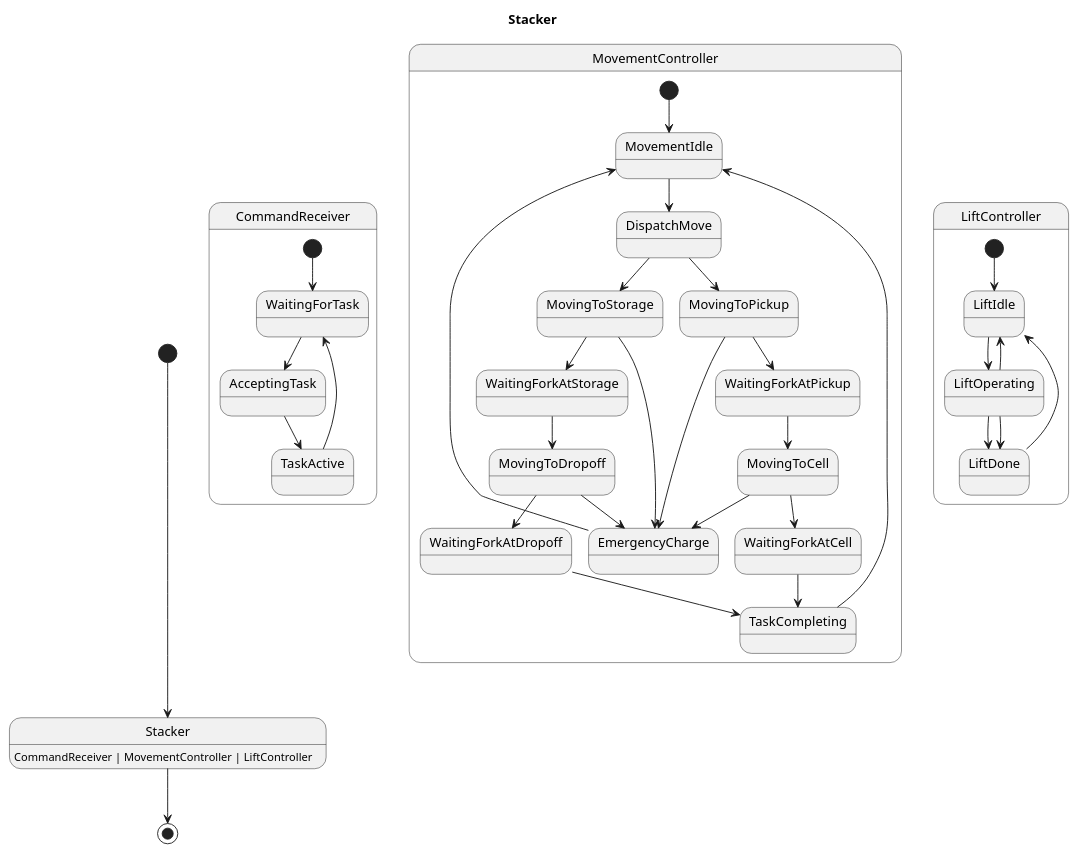
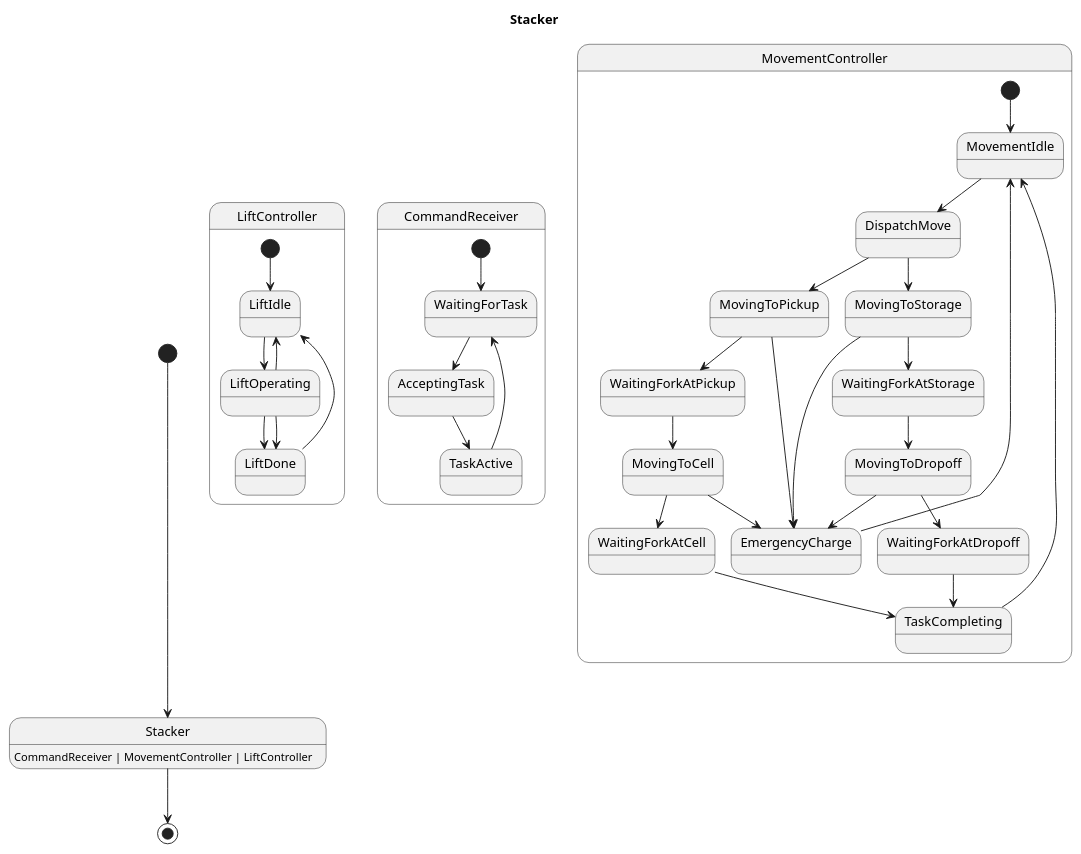
Before and after one commit to Pastor/Takt: the diagram in examples/generated/plantuml/stacker.puml, drawn with PlantUML. The commit also changed other lines of this file and 12 other files, not shown here.

```diff
--- a/examples/generated/plantuml/stacker.puml
+++ b/examples/generated/plantuml/stacker.puml
@@ -1,45 +1,45 @@
 @startuml
 title Stacker
 
 [*] --> Stacker
 Stacker : CommandReceiver | MovementController | LiftController
 Stacker --> [*]
 
+state LiftController {
+    [*] --> LiftIdle
+    LiftOperating --> LiftDone
+    LiftOperating --> LiftDone
+    LiftOperating --> LiftIdle
+    LiftIdle --> LiftOperating
+    LiftDone --> LiftIdle
+}
+
 state CommandReceiver {
     [*] --> WaitingForTask
+    TaskActive --> WaitingForTask
+    AcceptingTask --> TaskActive
     WaitingForTask --> AcceptingTask
-    AcceptingTask --> TaskActive
-    TaskActive --> WaitingForTask
 }
 
 state MovementController {
     [*] --> MovementIdle
+    EmergencyCharge --> MovementIdle
+    MovingToPickup --> WaitingForkAtPickup
+    MovingToPickup --> EmergencyCharge
+    WaitingForkAtDropoff --> TaskCompleting
+    MovementIdle --> DispatchMove
+    WaitingForkAtPickup --> MovingToCell
+    WaitingForkAtCell --> TaskCompleting
+    MovingToCell --> WaitingForkAtCell
+    MovingToCell --> EmergencyCharge
+    TaskCompleting --> MovementIdle
     MovingToDropoff --> WaitingForkAtDropoff
     MovingToDropoff --> EmergencyCharge
-    WaitingForkAtDropoff --> TaskCompleting
-    MovementIdle --> DispatchMove
-    TaskCompleting --> MovementIdle
-    MovingToCell --> WaitingForkAtCell
-    MovingToCell --> EmergencyCharge
     MovingToStorage --> WaitingForkAtStorage
     MovingToStorage --> EmergencyCharge
-    WaitingForkAtCell --> TaskCompleting
-    MovingToPickup --> WaitingForkAtPickup
-    MovingToPickup --> EmergencyCharge
-    WaitingForkAtPickup --> MovingToCell
-    WaitingForkAtStorage --> MovingToDropoff
     DispatchMove --> MovingToPickup
     DispatchMove --> MovingToStorage
-    EmergencyCharge --> MovementIdle
-}
-
-state LiftController {
-    [*] --> LiftIdle
-    LiftDone --> LiftIdle
-    LiftOperating --> LiftDone
-    LiftOperating --> LiftDone
-    LiftOperating --> LiftIdle
-    LiftIdle --> LiftOperating
+    WaitingForkAtStorage --> MovingToDropoff
 }
 
 @enduml
```
